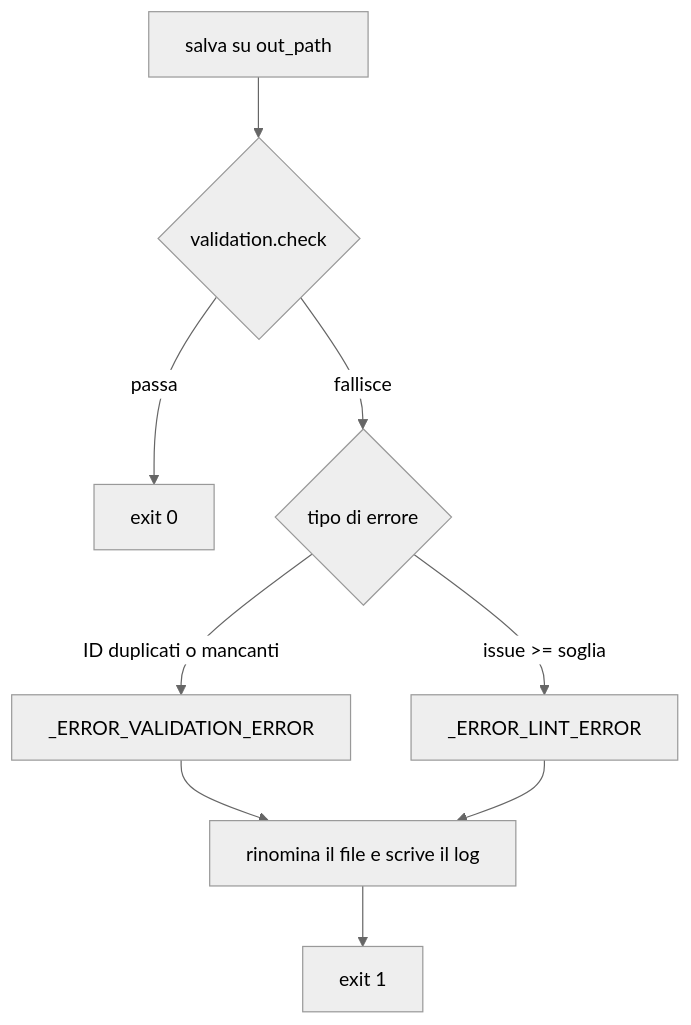
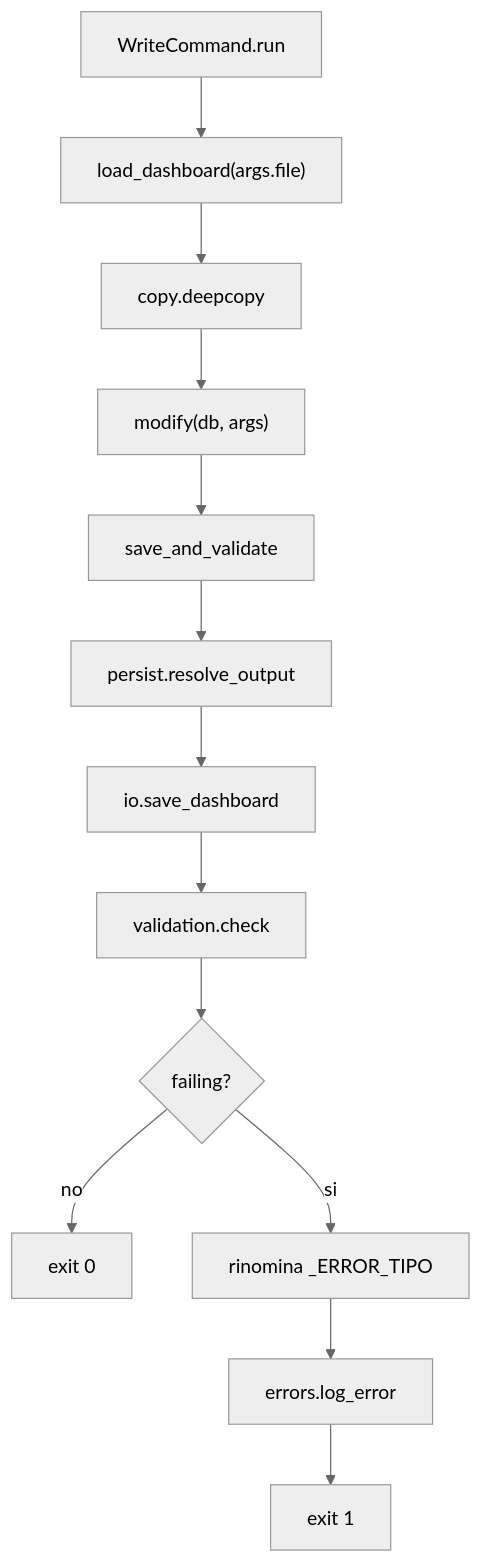
Before and after one commit to frankelfokou/Grafana-utils: the second of 3 diagrams in AGENTS.md, drawn with Mermaid (neutral theme). The commit also changed other lines of this file and 77 other files, not shown here.

````diff
--- a/AGENTS.md
+++ b/AGENTS.md
@@ -360,11 +326,15 @@
 ```mermaid
 flowchart TD
-    S["salva su out_path"] --> V{"validation.check"}
-    V -->|passa| OK["exit 0"]
-    V -->|fallisce| K{"tipo di errore"}
-    K -->|"ID duplicati o mancanti"| VE["_ERROR_VALIDATION_ERROR"]
-    K -->|"issue >= soglia"| LE["_ERROR_LINT_ERROR"]
-    VE --> R["rinomina il file e scrive il log"]
-    LE --> R
-    R --> X["exit 1"]
+    A["WriteCommand.run"] --> B["load_dashboard(args.file)"]
+    B --> C["copy.deepcopy"]
+    C --> D["modify(db, args)"]
+    D --> E["save_and_validate"]
+    E --> F["persist.resolve_output"]
+    F --> G["io.save_dashboard"]
+    G --> H["validation.check"]
+    H --> I{"failing?"}
+    I -->|no| Z["exit 0"]
+    I -->|si| J["rinomina _ERROR_TIPO"]
+    J --> K["errors.log_error"]
+    K --> L["exit 1"]
 ```
````
